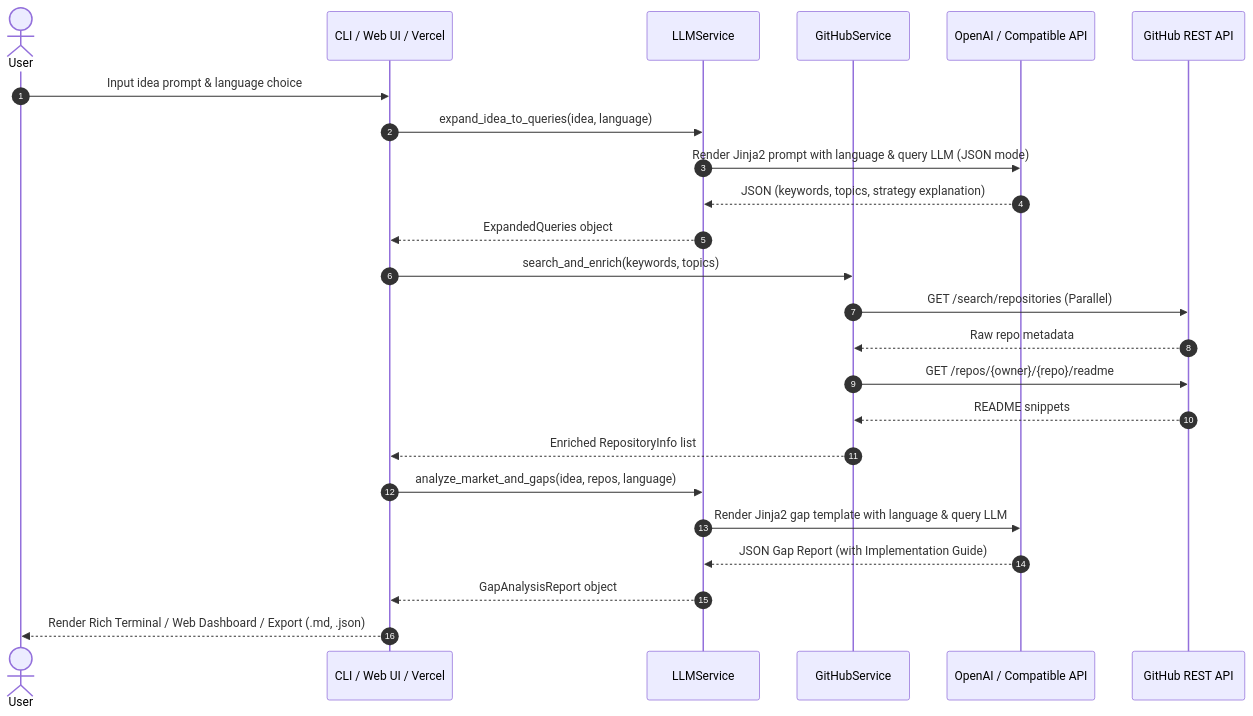
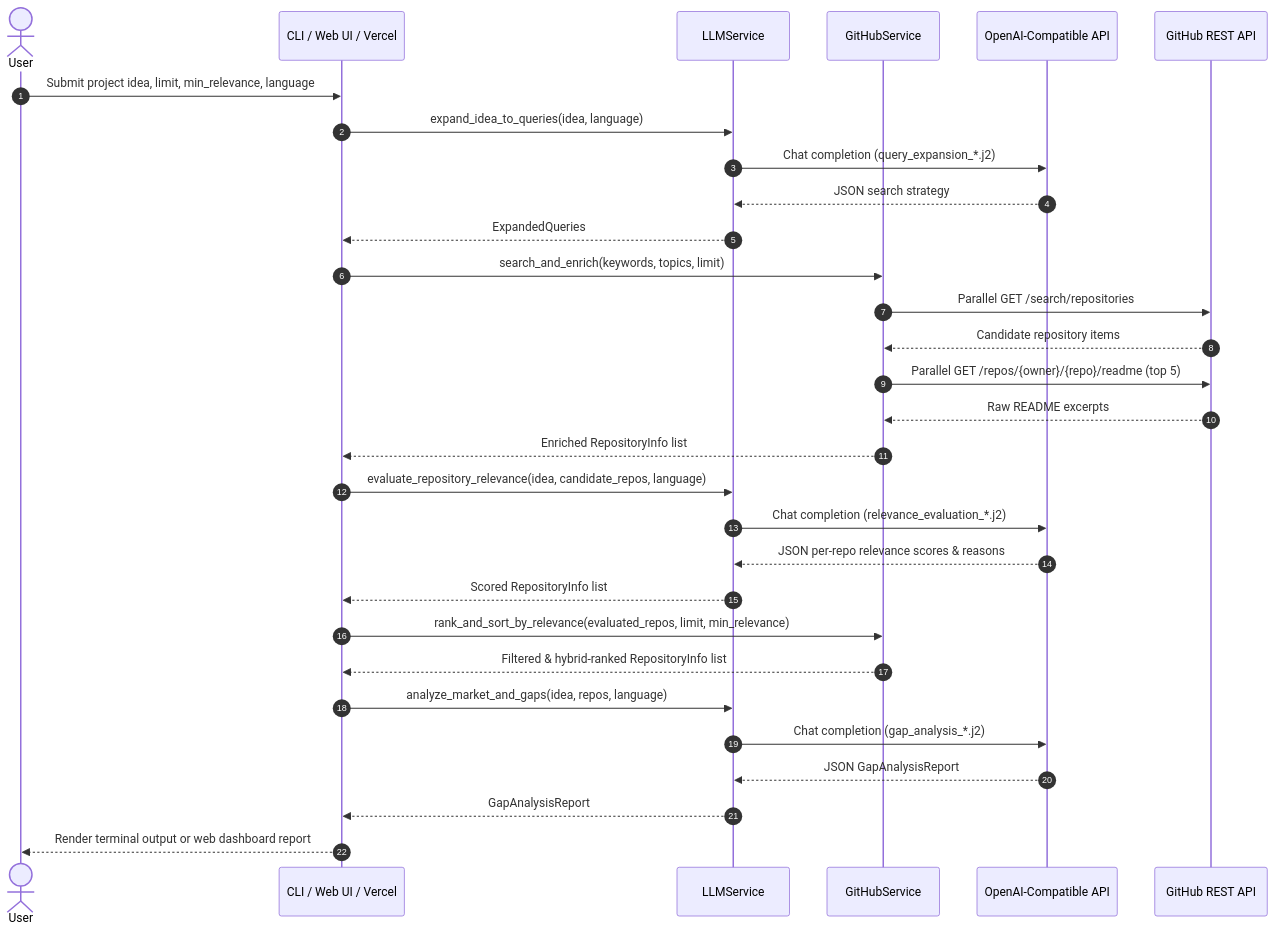
The second of 2 diagrams in ARCHITECTURE.md (AtaCanYmc/GitRadar), drawn with Mermaid before and after one commit. The commit also changed other lines of this file and 23 other files, not shown here.

````diff
--- a/ARCHITECTURE.md
+++ b/ARCHITECTURE.md
@@ -97,29 +107,37 @@
 ```mermaid
 sequenceDiagram
     autonumber
     actor User
     participant App as CLI / Web UI / Vercel
     participant LLM as LLMService
     participant GH as GitHubService
-    participant AI as OpenAI / Compatible API
+    participant AI as OpenAI-Compatible API
     participant GHREST as GitHub REST API
 
-    User->>App: Input idea prompt & language choice
+    User->>App: Submit project idea, limit, min_relevance, language
     App->>LLM: expand_idea_to_queries(idea, language)
-    LLM->>AI: Render Jinja2 prompt with language & query LLM (JSON mode)
-    AI-->>LLM: JSON (keywords, topics, strategy explanation)
-    LLM-->>App: ExpandedQueries object
-    
-    App->>GH: search_and_enrich(keywords, topics)
-    GH->>GHREST: GET /search/repositories (Parallel)
-    GHREST-->>GH: Raw repo metadata
-    GH->>GHREST: GET /repos/{owner}/{repo}/readme
-    GHREST-->>GH: README snippets
+    LLM->>AI: Chat completion (query_expansion_*.j2)
+    AI-->>LLM: JSON search strategy
+    LLM-->>App: ExpandedQueries
+
+    App->>GH: search_and_enrich(keywords, topics, limit)
+    GH->>GHREST: Parallel GET /search/repositories
+    GHREST-->>GH: Candidate repository items
+    GH->>GHREST: Parallel GET /repos/{owner}/{repo}/readme (top 5)
+    GHREST-->>GH: Raw README excerpts
     GH-->>App: Enriched RepositoryInfo list
-    
+
+    App->>LLM: evaluate_repository_relevance(idea, candidate_repos, language)
+    LLM->>AI: Chat completion (relevance_evaluation_*.j2)
+    AI-->>LLM: JSON per-repo relevance scores & reasons
+    LLM-->>App: Scored RepositoryInfo list
+
+    App->>GH: rank_and_sort_by_relevance(evaluated_repos, limit, min_relevance)
+    GH-->>App: Filtered & hybrid-ranked RepositoryInfo list
+
     App->>LLM: analyze_market_and_gaps(idea, repos, language)
-    LLM->>AI: Render Jinja2 gap template with language & query LLM
-    AI-->>LLM: JSON Gap Report (with Implementation Guide)
-    LLM-->>App: GapAnalysisReport object
-    App-->>User: Render Rich Terminal / Web Dashboard / Export (.md, .json)
+    LLM->>AI: Chat completion (gap_analysis_*.j2)
+    AI-->>LLM: JSON GapAnalysisReport
+    LLM-->>App: GapAnalysisReport
+    App-->>User: Render terminal output or web dashboard report
 ```
````
